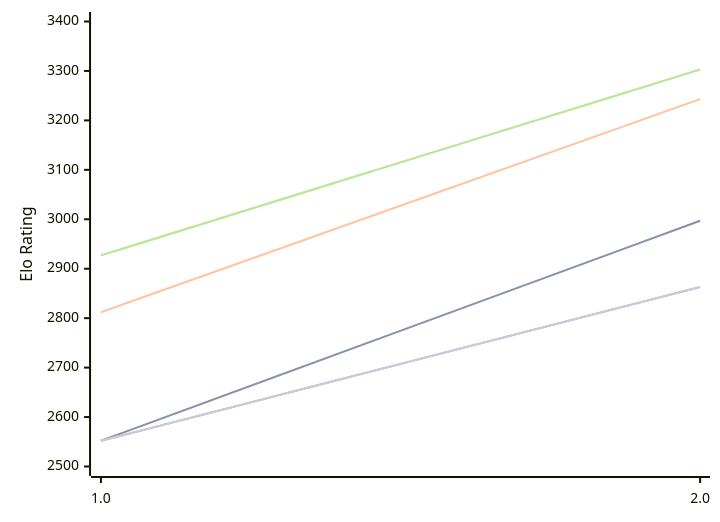
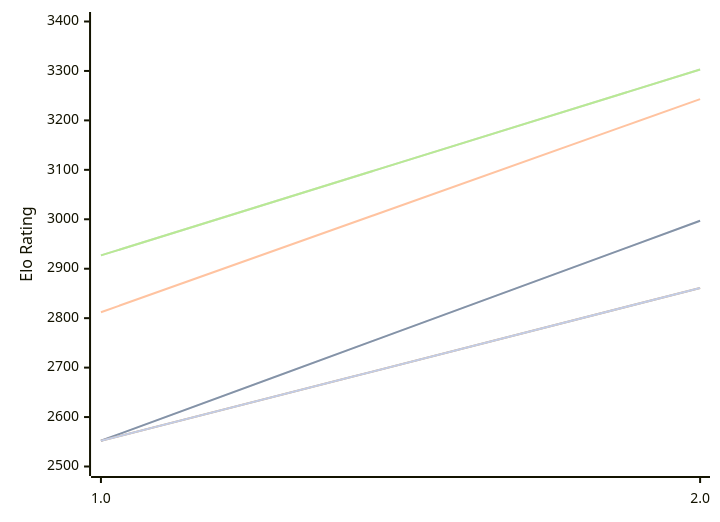
Before and after one commit to computer-chess-index/cci: the diagram in engines/Onslaught.md, drawn with Mermaid. The commit also changed other lines of this file, not shown here.

````diff
--- a/engines/Onslaught.md
+++ b/engines/Onslaught.md
@@ -48,13 +48,13 @@
 ```mermaid
 %%{init: {"theme":"base","themeVariables":{"seriesColors:['#a3a3a3','#222221','#faa371']}}}%%
 xychart-beta
   x-axis ["1.0", "2.0"]
   y-axis "Elo Rating" 2500 --> 3400
   line "" [2552, 2997]
   line "T1: STC (8.0+0.08s)" [2552, 2997]
   line "T1: LTC (60.0+0.60s)" [2812, 3243]
   line "" [2927, 3303]
   line "T1: VLTC (2m24s+1.12s)" [2927, 3303]
-  line "" [2552,2863]
-  line "E1: STC (8.0+0.08s)" [2552,2863]
+  line "" [2552,2861]
+  line "E1: STC (8.0+0.08s)" [2552,2861]
 ```
````
